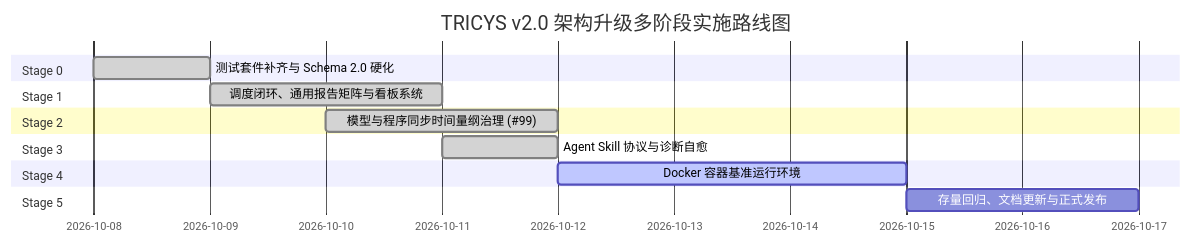
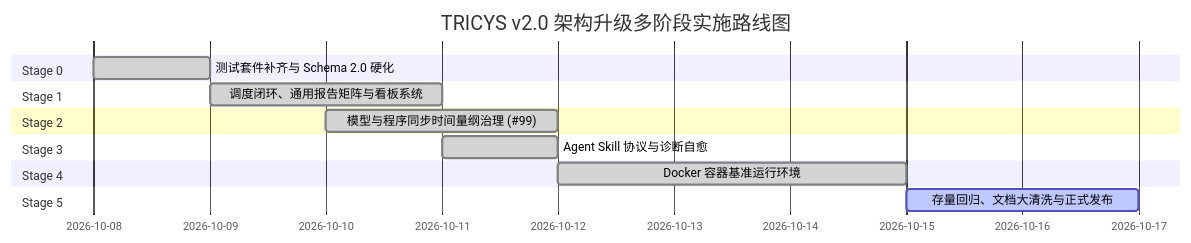
The first of 3 diagrams in .github/upgrade/V2_DEVELOPMENT_PLAN.md (couuas/tricys), drawn with Mermaid before and after one commit. The commit also changed other lines of this file and 25 other files, not shown here.

````diff
--- a/.github/upgrade/V2_DEVELOPMENT_PLAN.md
+++ b/.github/upgrade/V2_DEVELOPMENT_PLAN.md
@@ -69,17 +77,17 @@
 ```mermaid
 gantt
     title TRICYS v2.0 架构升级多阶段实施路线图
     dateFormat  YYYY-MM-DD
     section Stage 0
     测试套件补齐与 Schema 2.0 硬化   :done, s0, 2026-10-08, 1d
     section Stage 1
     调度闭环、通用报告矩阵与看板系统 :done, s1, 2026-10-09, 2d
     section Stage 2
     模型与程序同步时间量纲治理 (#99) :done, s2, 2026-10-10, 2d
     section Stage 3
     Agent Skill 协议与诊断自愈      :done, s3, 2026-10-11, 1d
     section Stage 4
-    Docker 容器基准运行环境        :active, s4, after s3, 3d
+    Docker 容器基准运行环境        :done, s4, 2026-10-12, 3d
     section Stage 5
-    存量回归、文档更新与正式发布    :s5, after s4, 2d
+    存量回归、文档大清洗与正式发布  :active, s5, after s4, 2d
 ```
````
